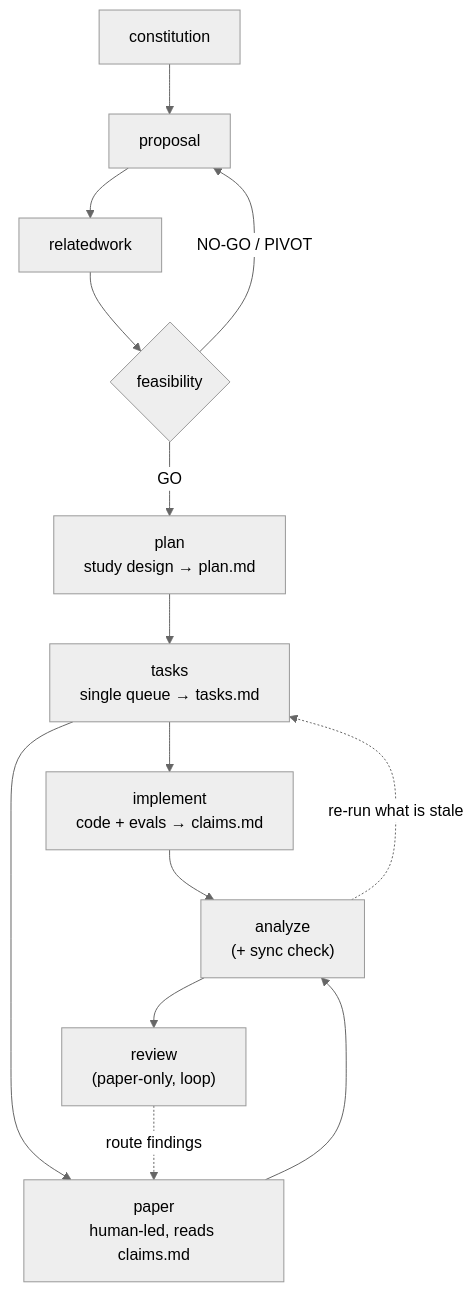
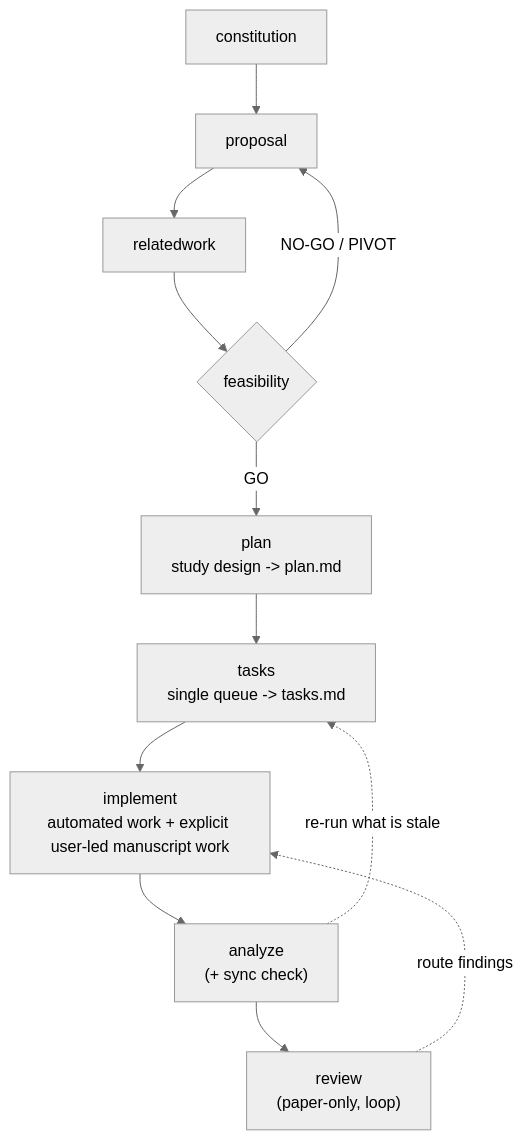
Before and after one commit to jiancui-research/research-kit: the diagram in docs/workflow.md, drawn with Mermaid (neutral theme). The commit also changed other lines of this file and 22 other files, not shown here.

Commit message:
pipeline: fuse manuscript workflow into implement

````diff
--- a/docs/workflow.md
+++ b/docs/workflow.md
@@ -7,14 +7,12 @@
 ```mermaid
 flowchart TD
     C[constitution] --> P[proposal] --> RW[relatedwork] --> F{feasibility}
     F -->|"NO-GO / PIVOT"| P
-    F -->|GO| PL["plan<br/>study design → plan.md"]
-    PL --> T["tasks<br/>single queue → tasks.md"]
-    T --> I["implement<br/>code + evals → claims.md"]
-    T --> PA["paper<br/>human-led, reads claims.md"]
+    F -->|GO| PL["plan<br/>study design -> plan.md"]
+    PL --> T["tasks<br/>single queue -> tasks.md"]
+    T --> I["implement<br/>automated work + explicit user-led manuscript work"]
     I --> AN["analyze<br/>(+ sync check)"]
-    PA --> AN
     AN -.->|"re-run what is stale"| T
     AN --> RV["review<br/>(paper-only, loop)"]
-    RV -.->|"route findings"| PA
+    RV -.->|"route findings"| I
 ```
````
